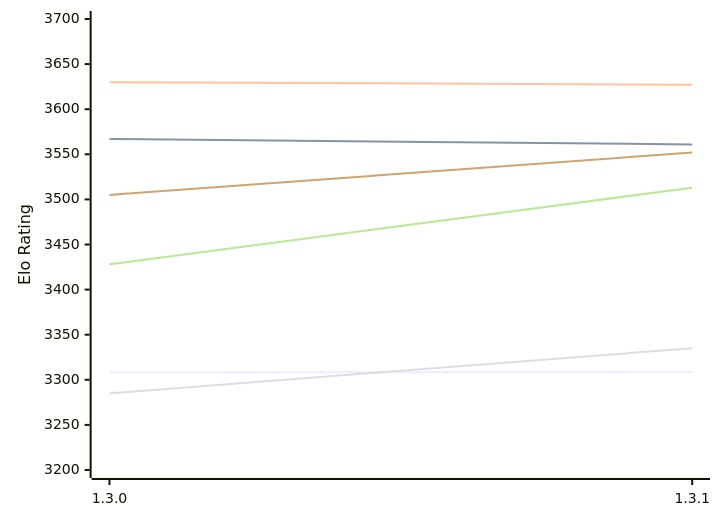
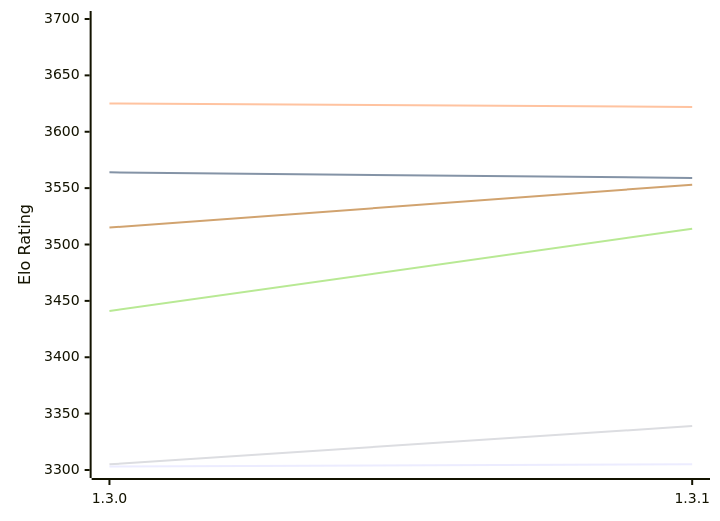
One commit to computer-chess-index/cci changed the first of 2 diagrams in engines/Renegade.md. Above: the diagram before and after it, drawn with Mermaid. The commit also changed other lines of this file, not shown here.

Commit message:
Update CCI Ratings (ELO VLTC) - 2026-11-21

````diff
--- a/engines/Renegade.md
+++ b/engines/Renegade.md
@@ -50,12 +50,12 @@
 ```mermaid
 %%{init: {"theme":"base","themeVariables":{"seriesColors:['#a3a3a3','#222221','#faa371']}}}%%
 xychart-beta
   x-axis ["1.3.0", "1.3.1"]
-  y-axis "Elo Rating" 3200 --> 3700
-  line "E1: STC (8.0+0.08s)" [3308, 3309]
-  line "E1: LTC (60.0+0.60s)" [3567, 3561]
-  line "E1: VLTC (2m24s+1.12s)" [3630, 3627]
-  line "P1: STC (8.0+0.08s)" [3285, 3335]
-  line "P1: LTC (60.0+0.60s)" [3428, 3513]
-  line "P1: VLTC (2m24s+1.12s)" [3505, 3552]
+  y-axis "Elo Rating" 3300 --> 3700
+  line "E1: STC (8.0+0.08s)" [3303, 3305]
+  line "E1: LTC (60.0+0.60s)" [3564, 3559]
+  line "E1: VLTC (2m24s+1.12s)" [3625, 3622]
+  line "P1: STC (8.0+0.08s)" [3305, 3339]
+  line "P1: LTC (60.0+0.60s)" [3441, 3514]
+  line "P1: VLTC (2m24s+1.12s)" [3515, 3553]
 ```
````
